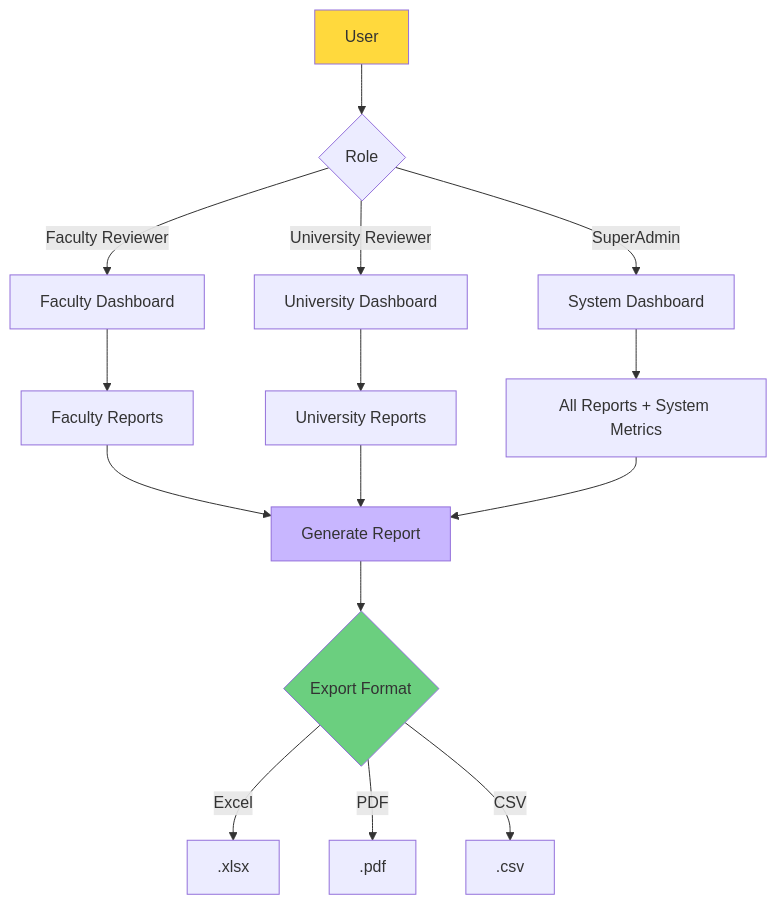
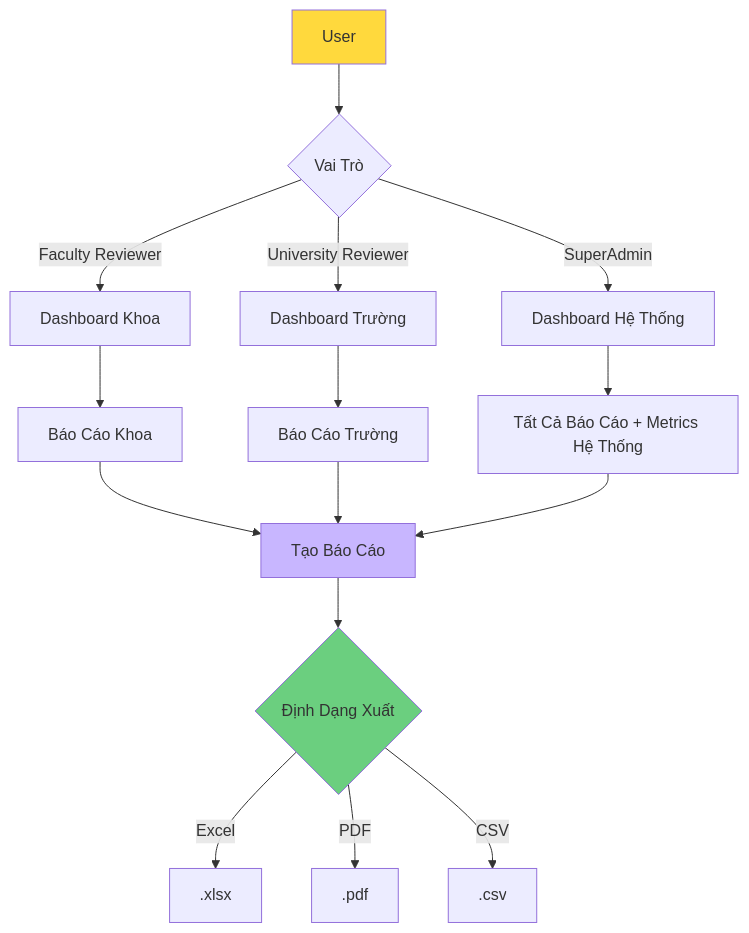
Before and after one commit to Ng0cTh4nhk5/ufpms-docs: the diagram in docs/05_Use_Cases/High_Level/uc_hl_05_reporting_analytics.md, drawn with Mermaid. The commit also changed other lines of this file and 70 other files, not shown here.

````diff
--- a/docs/05_Use_Cases/High_Level/uc_hl_05_reporting_analytics.md
+++ b/docs/05_Use_Cases/High_Level/uc_hl_05_reporting_analytics.md
@@ -51,25 +51,25 @@
 ```mermaid
 graph TB
-    A[User] --> B{Role}
+    A[User] --> B{Vai Trò}
     
-    B -->|Faculty Reviewer| C[Faculty Dashboard]
-    B -->|University Reviewer| D[University Dashboard]
-    B -->|SuperAdmin| E[System Dashboard]
+    B -->|Faculty Reviewer| C[Dashboard Khoa]
+    B -->|University Reviewer| D[Dashboard Trường]
+    B -->|SuperAdmin| E[Dashboard Hệ Thống]
     
-    C --> F[Faculty Reports]
-    D --> G[University Reports]
-    E --> H[All Reports + System Metrics]
+    C --> F[Báo Cáo Khoa]
+    D --> G[Báo Cáo Trường]
+    E --> H[Tất Cả Báo Cáo + Metrics Hệ Thống]
     
-    F --> I[Generate Report]
+    F --> I[Tạo Báo Cáo]
     G --> I
     H --> I
     
-    I --> J{Export Format}
+    I --> J{Định Dạng Xuất}
     J -->|Excel| K[.xlsx]
     J -->|PDF| L[.pdf]
     J -->|CSV| M[.csv]
     
     style A fill:#ffd93d
     style I fill:#c8b6ff
     style J fill:#6bcf7f
 ```
````
